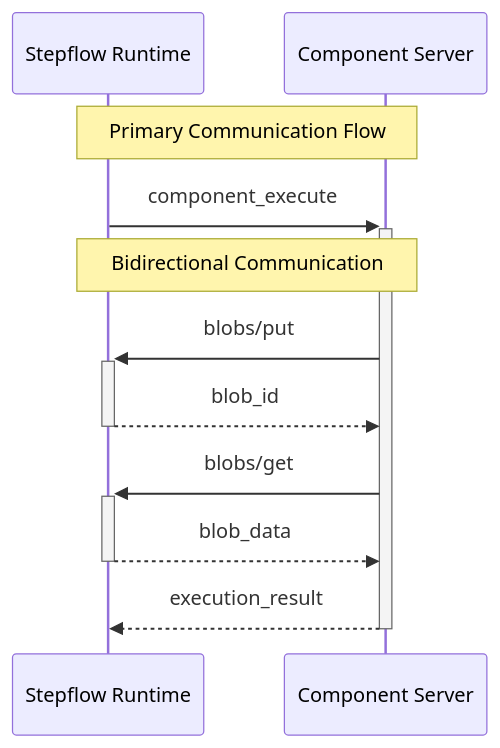
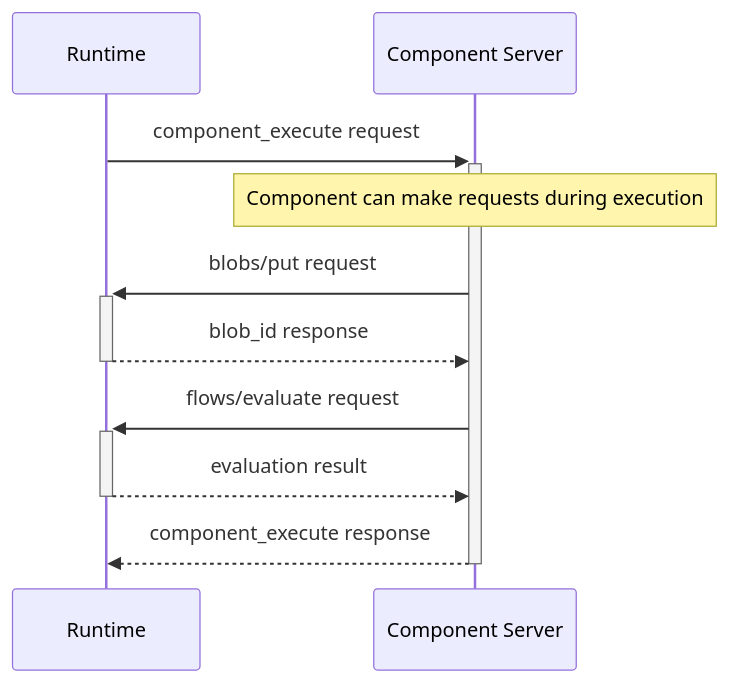
The second of 2 diagrams in docs/docs/protocol/bidirectional.md (stepflow-ai/stepflow), drawn with Mermaid before and after one commit. The commit also changed other lines of this file and 16 other files, not shown here.

````diff
--- a/docs/docs/protocol/bidirectional.md
+++ b/docs/docs/protocol/bidirectional.md
@@ -17,17 +34,16 @@
 ```mermaid
 sequenceDiagram
-    participant SF as Stepflow Runtime
-    participant CS as Component Server
+    participant R as Runtime
+    participant S as Component Server
 
-    Note over SF,CS: Primary Communication Flow
-    SF->>+CS: component_execute
+    R->>+S: component_execute request
 
-    Note over SF,CS: Bidirectional Communication
-    CS->>+SF: blobs/put
-    SF-->>-CS: blob_id
+    Note over S: Component can make requests during execution
+    S->>+R: blobs/put request
+    R-->>-S: blob_id response
 
-    CS->>+SF: blobs/get
-    SF-->>-CS: blob_data
+    S->>+R: flows/evaluate request
+    R-->>-S: evaluation result
 
-    CS-->>-SF: execution_result
+    S-->>-R: component_execute response
 ```
````
